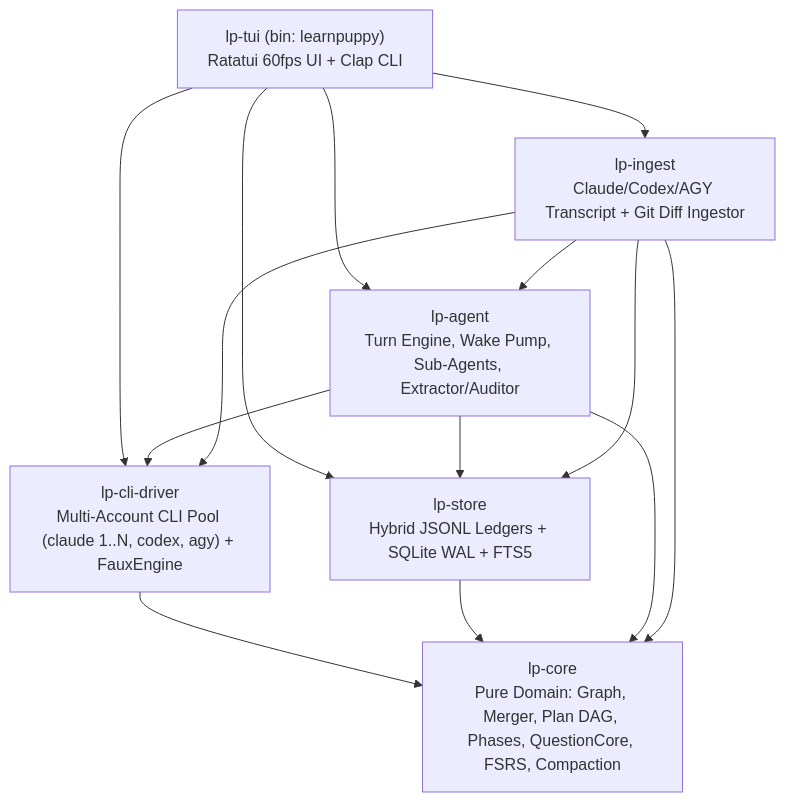
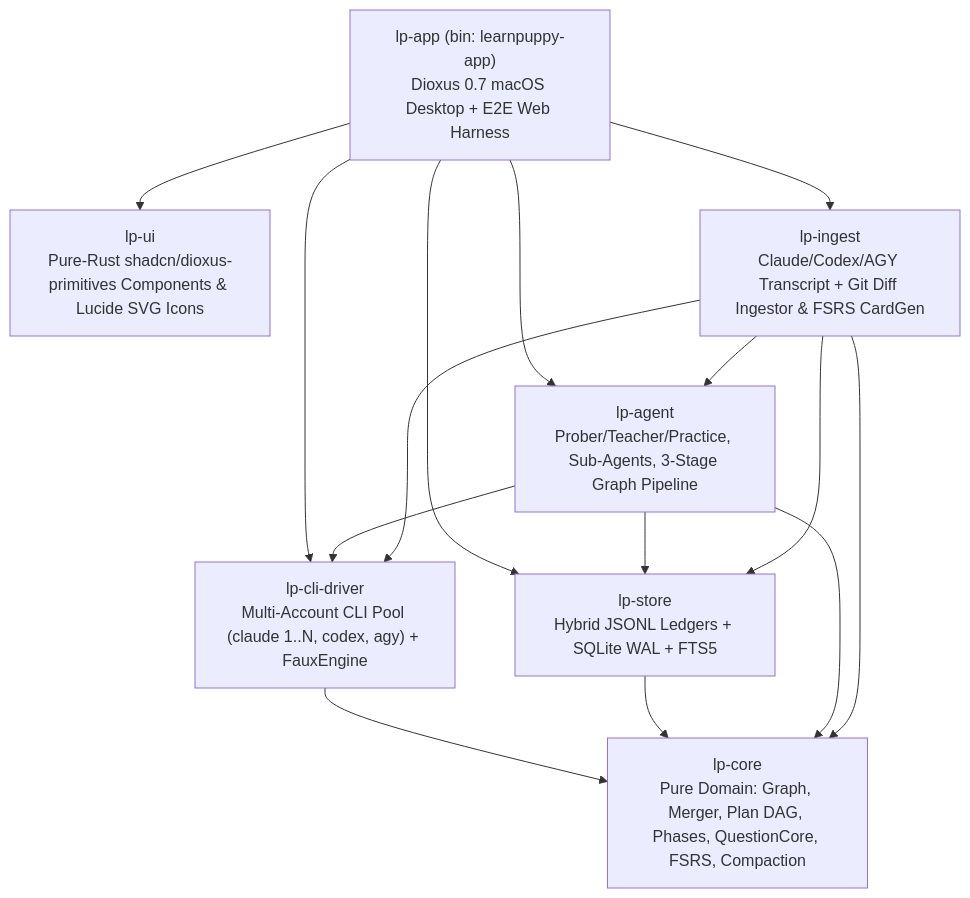
The first of 2 diagrams in docs/PLAN.md (PrathamBhavsar/learnpuppy), drawn with Mermaid before and after one commit. The commit also changed other lines of this file and 216 other files, not shown here.

Commit message:
docs: add dioxus 0.7 + lp-ui desktop plan, okf specs, and humanlayer/e2e skills

````diff
--- a/docs/PLAN.md
+++ b/docs/PLAN.md
@@ -57,16 +62,17 @@
 ```mermaid
 flowchart TD
-    TUI["lp-tui (bin: learnpuppy)\nRatatui 60fps UI + Clap CLI"] --> AGENT["lp-agent\nTurn Engine, Wake Pump, Sub-Agents, Extractor/Auditor"]
-    TUI --> INGEST["lp-ingest\nClaude/Codex/AGY Transcript + Git Diff Ingestor"]
-    TUI --> DRIVER["lp-cli-driver\nMulti-Account CLI Pool (claude 1..N, codex, agy) + FauxEngine"]
-    TUI --> STORE["lp-store\nHybrid JSONL Ledgers + SQLite WAL + FTS5"]
+    APP["lp-app (bin: learnpuppy-app)\nDioxus 0.7 macOS Desktop + E2E Web Harness"] --> UI["lp-ui\nPure-Rust shadcn/dioxus-primitives Components & Lucide SVG Icons"]
+    APP --> AGENT["lp-agent\nProber/Teacher/Practice, Sub-Agents, 3-Stage Graph Pipeline"]
+    APP --> INGEST["lp-ingest\nClaude/Codex/AGY Transcript + Git Diff Ingestor & FSRS CardGen"]
+    APP --> DRIVER["lp-cli-driver\nMulti-Account CLI Pool (claude 1..N, codex, agy) + FauxEngine"]
+    APP --> STORE["lp-store\nHybrid JSONL Ledgers + SQLite WAL + FTS5"]
     AGENT --> DRIVER
     AGENT --> STORE
     INGEST --> DRIVER
     INGEST --> STORE
     INGEST --> AGENT
     DRIVER --> CORE["lp-core\nPure Domain: Graph, Merger, Plan DAG, Phases, QuestionCore, FSRS, Compaction"]
     STORE --> CORE
     AGENT --> CORE
     INGEST --> CORE
 ```
````
